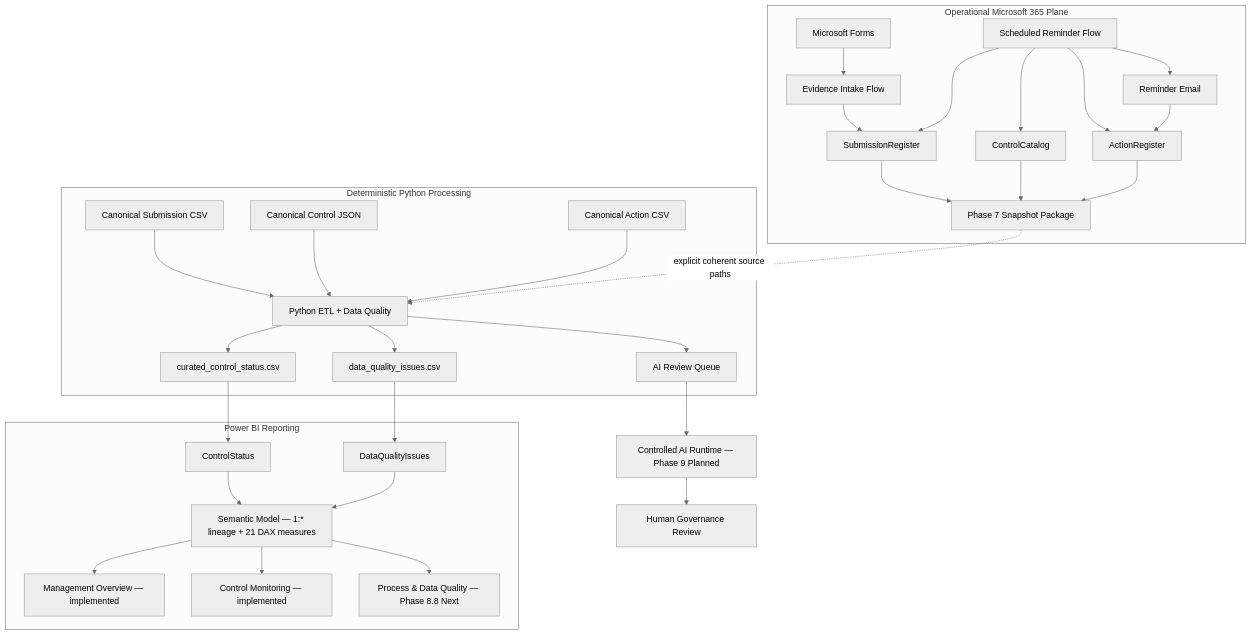
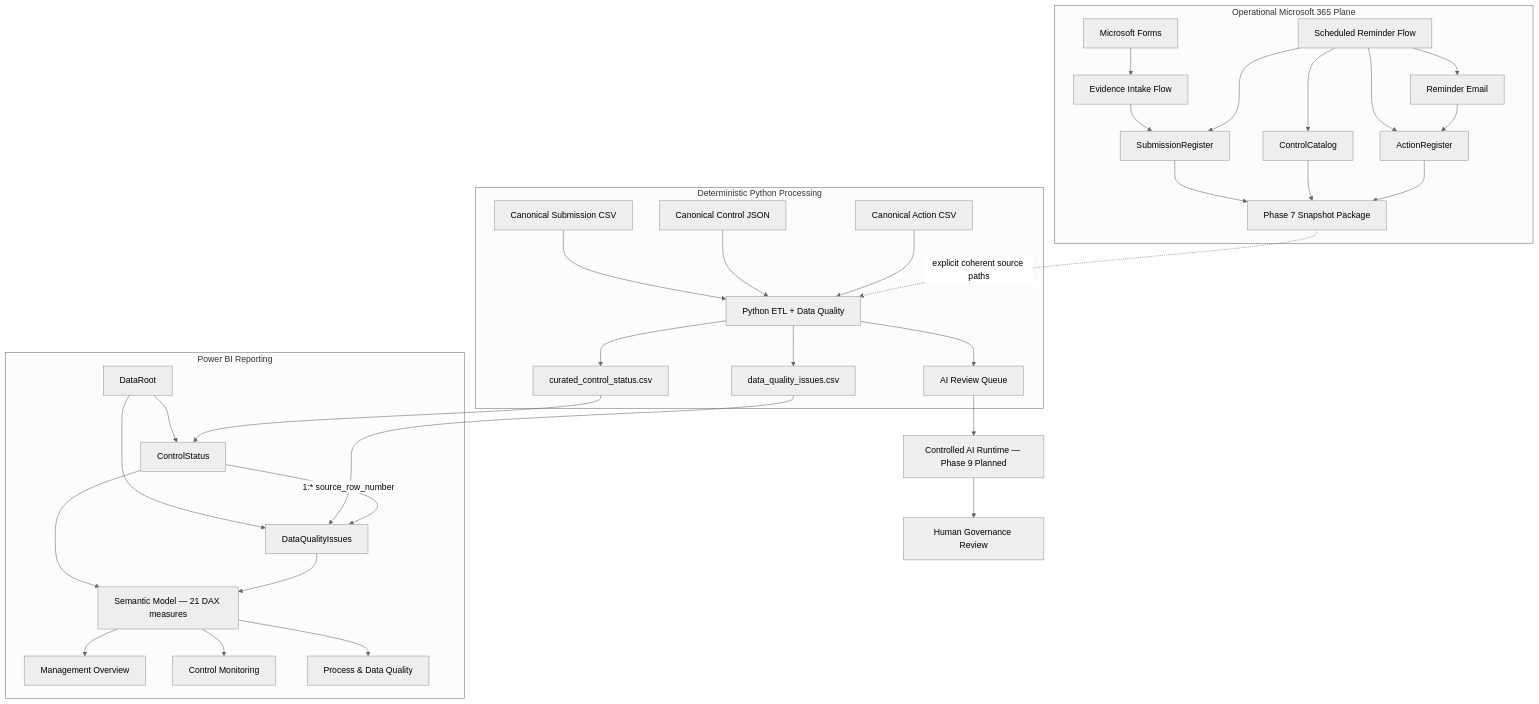
One commit to gw-ai-security/cyber-governance-automation-lab changed the diagram in README.md. Above: the diagram before and after it, drawn with Mermaid (neutral theme). The commit also changed other lines of this file, not shown here.

Commit message:
docs: synchronize README through Phase 8 completion

````diff
--- a/README.md
+++ b/README.md
@@ -86,38 +117,41 @@
 ```mermaid
 flowchart TD
     subgraph OP[Operational Microsoft 365 Plane]
         A[Microsoft Forms] --> B[Evidence Intake Flow]
         B --> C[SubmissionRegister]
         D[Scheduled Reminder Flow] --> C
         D --> E[ControlCatalog]
         D --> F[ActionRegister]
         D --> G[Reminder Email]
         G --> F
         C --> S[Phase 7 Snapshot Package]
         E --> S
         F --> S
     end
 
     subgraph PY[Deterministic Python Processing]
         H[Canonical Submission CSV] --> K[Python ETL + Data Quality]
         I[Canonical Control JSON] --> K
         J[Canonical Action CSV] --> K
         S -. explicit coherent source paths .-> K
         K --> L[curated_control_status.csv]
         K --> M[data_quality_issues.csv]
         K --> N[AI Review Queue]
     end
 
     subgraph BI[Power BI Reporting]
-        L --> P[ControlStatus]
-        M --> O[DataQualityIssues]
-        P --> R[Semantic Model — 1:* lineage + 21 DAX measures]
+        DR[DataRoot] --> P[ControlStatus]
+        DR --> O[DataQualityIssues]
+        L --> P
+        M --> O
+        P -->|1:* source_row_number| O
+        P --> R[Semantic Model — 21 DAX measures]
         O --> R
-        R --> U[Management Overview — implemented]
-        R --> V[Control Monitoring — implemented]
-        R --> W[Process & Data Quality — Phase 8.8 Next]
+        R --> U[Management Overview]
+        R --> V[Control Monitoring]
+        R --> W[Process & Data Quality]
     end
 
     N --> Q[Controlled AI Runtime — Phase 9 Planned]
     Q --> T[Human Governance Review]
 ```
````
